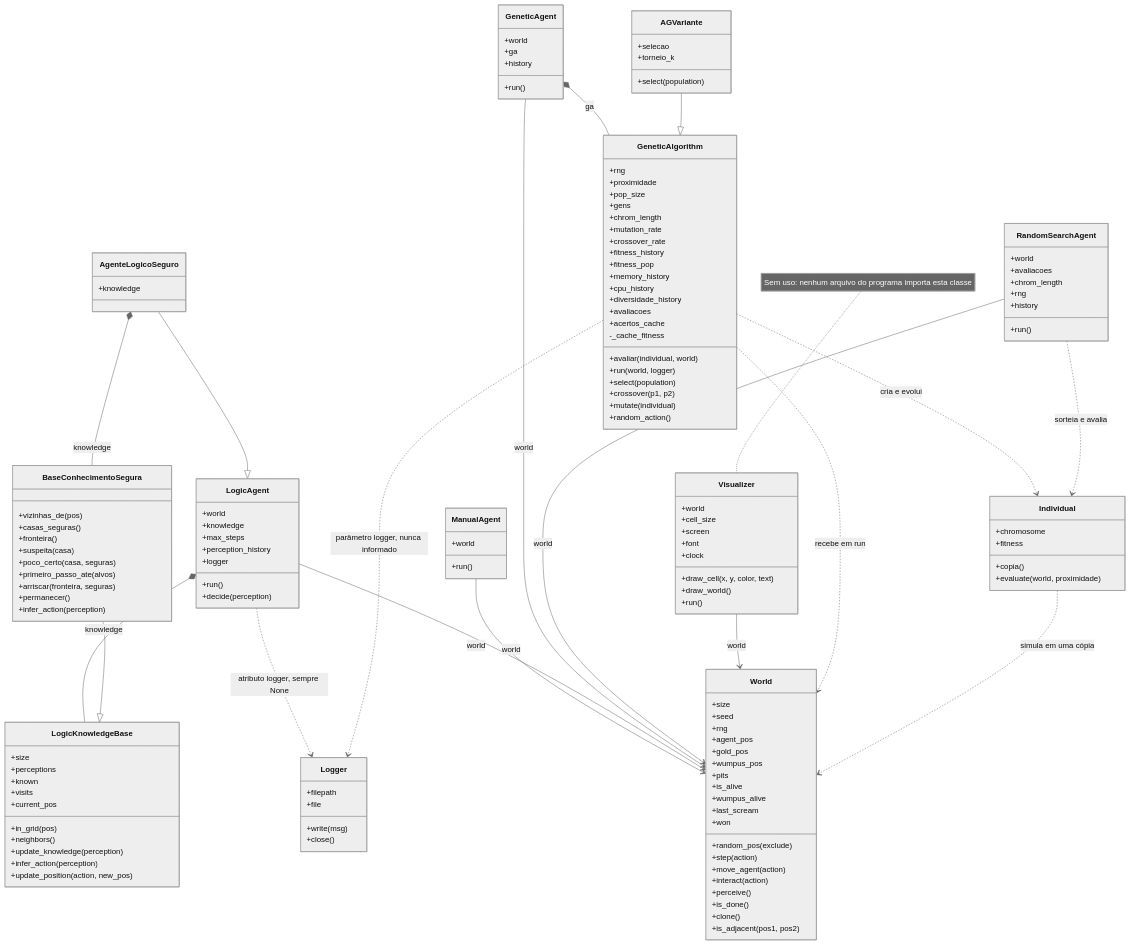
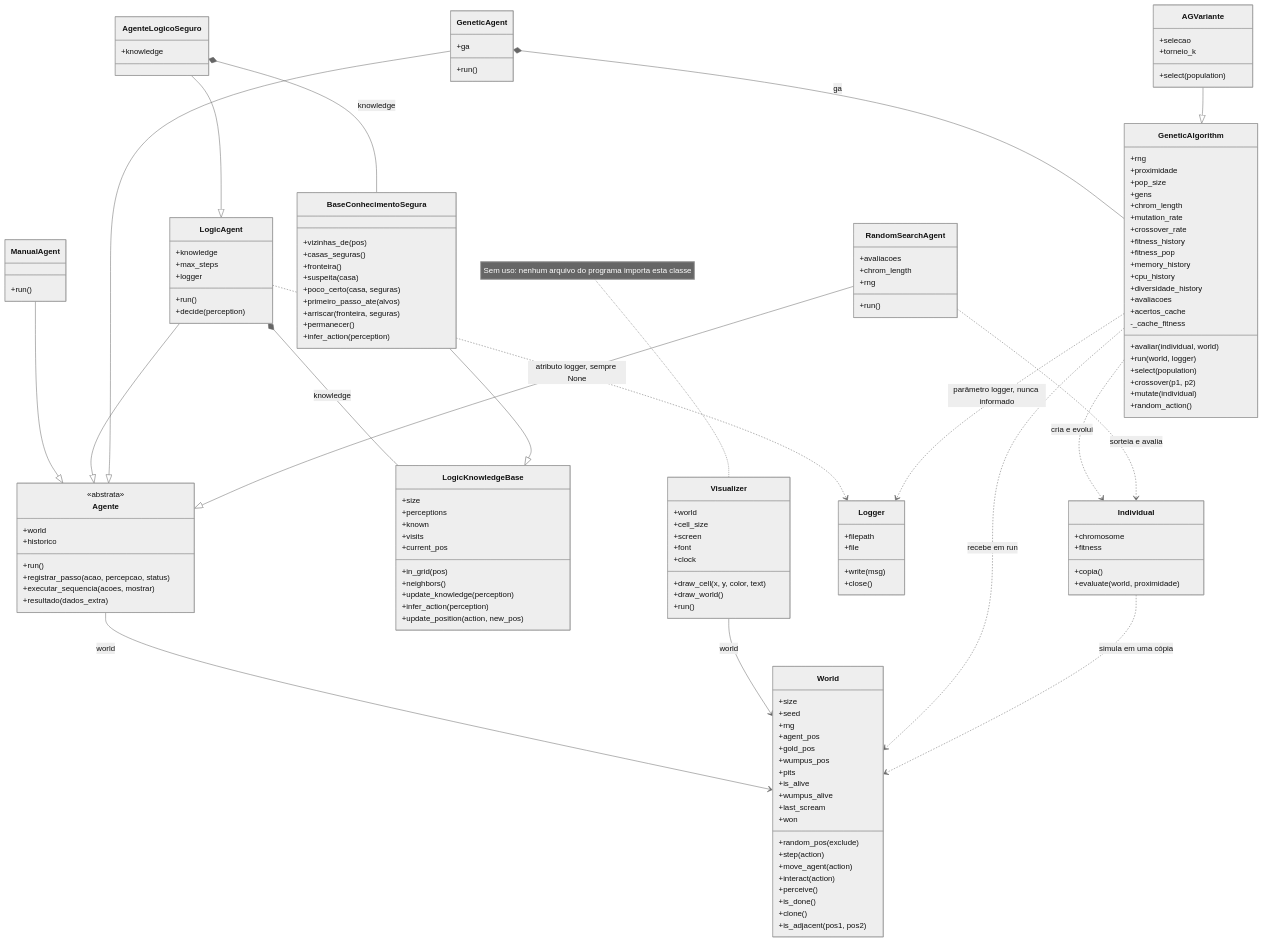
Before and after one commit to ingrid-kiki/wumpus_world_modular: the diagram in docs/arquitetura/classes.md, drawn with Mermaid (neutral theme). The commit also changed other lines of this file and 28 other files, not shown here.

```diff
--- a/docs/arquitetura/classes.md
+++ b/docs/arquitetura/classes.md
@@ -27,16 +27,23 @@
         +is_adjacent(pos1, pos2)
     }
 
+    class Agente {
+        <<abstrata>>
+        +world
+        +historico
+        +run()
+        +registrar_passo(acao, percepcao, status)
+        +executar_sequencia(acoes, mostrar)
+        +resultado(dados_extra)
+    }
+
     class ManualAgent {
-        +world
         +run()
     }
 
     class LogicAgent {
-        +world
         +knowledge
         +max_steps
-        +perception_history
         +logger
         +run()
         +decide(perception)
@@ -72,18 +79,14 @@
     }
 
     class GeneticAgent {
-        +world
         +ga
-        +history
         +run()
     }
 
     class RandomSearchAgent {
-        +world
         +avaliacoes
         +chrom_length
         +rng
-        +history
         +run()
     }
 
@@ -142,10 +145,11 @@
         +run()
     }
 
-    ManualAgent --> World : world
-    LogicAgent --> World : world
-    GeneticAgent --> World : world
-    RandomSearchAgent --> World : world
+    Agente --> World : world
+    ManualAgent --|> Agente
+    LogicAgent --|> Agente
+    GeneticAgent --|> Agente
+    RandomSearchAgent --|> Agente
     Visualizer --> World : world
 
     LogicAgent *-- LogicKnowledgeBase : knowledge
```
